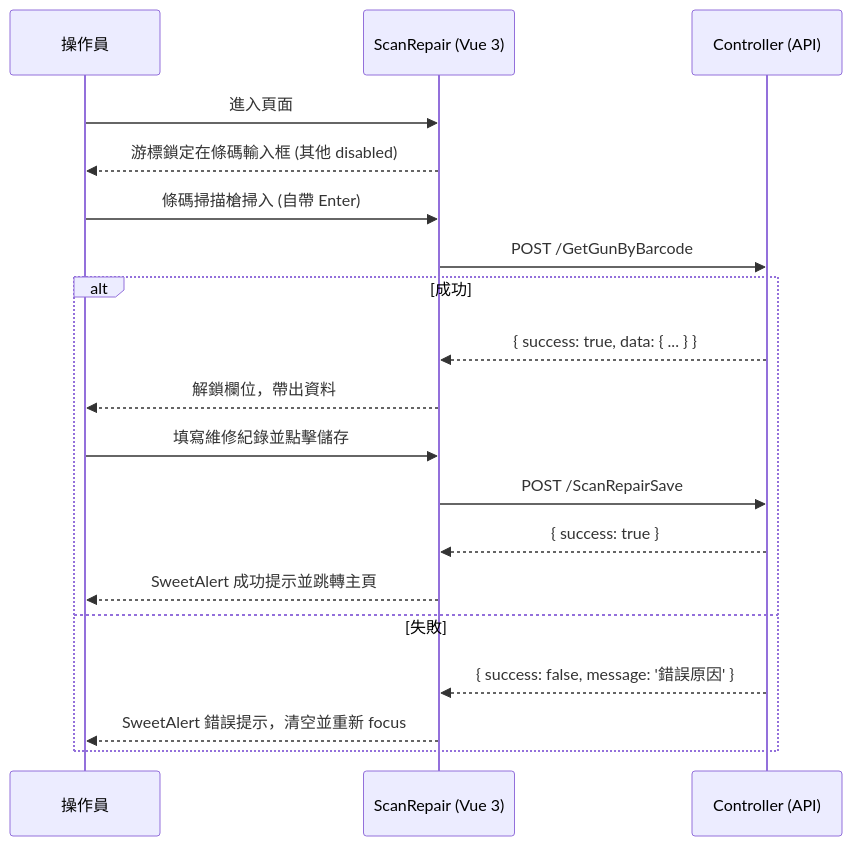
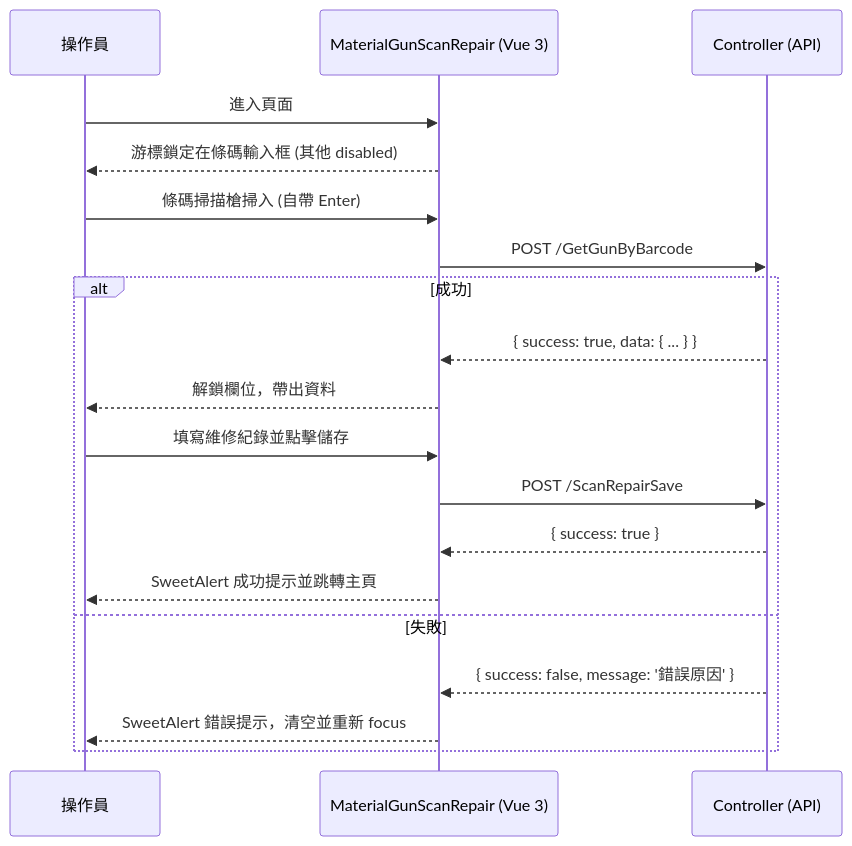
The diagram in #文件/20260604-料槍維修條碼化-MVP階段3-規格書.md (jesse31/Work-Eversun-ESIntegrateSys), drawn with Mermaid before and after one commit. The commit also changed other lines of this file and 9 other files, not shown here.

First line of the commit message:
docs: 新增視圖命名一致性規範

````diff
--- a/#文件/20260604-料槍維修條碼化-MVP階段3-規格書.md
+++ b/#文件/20260604-料槍維修條碼化-MVP階段3-規格書.md
@@ -101,22 +101,22 @@
 ```mermaid
 sequenceDiagram
     participant U as 操作員
-    participant V as ScanRepair (Vue 3)
+    participant V as MaterialGunScanRepair (Vue 3)
     participant C as Controller (API)
     
     U->>V: 進入頁面
     V-->>U: 游標鎖定在條碼輸入框 (其他 disabled)
     U->>V: 條碼掃描槍掃入 (自帶 Enter)
     V->>C: POST /GetGunByBarcode
     alt 成功
         C-->>V: { success: true, data: { ... } }
         V-->>U: 解鎖欄位，帶出資料
         U->>V: 填寫維修紀錄並點擊儲存
         V->>C: POST /ScanRepairSave
         C-->>V: { success: true }
         V-->>U: SweetAlert 成功提示並跳轉主頁
     else 失敗
         C-->>V: { success: false, message: '錯誤原因' }
         V-->>U: SweetAlert 錯誤提示，清空並重新 focus
     end
 ```
````
